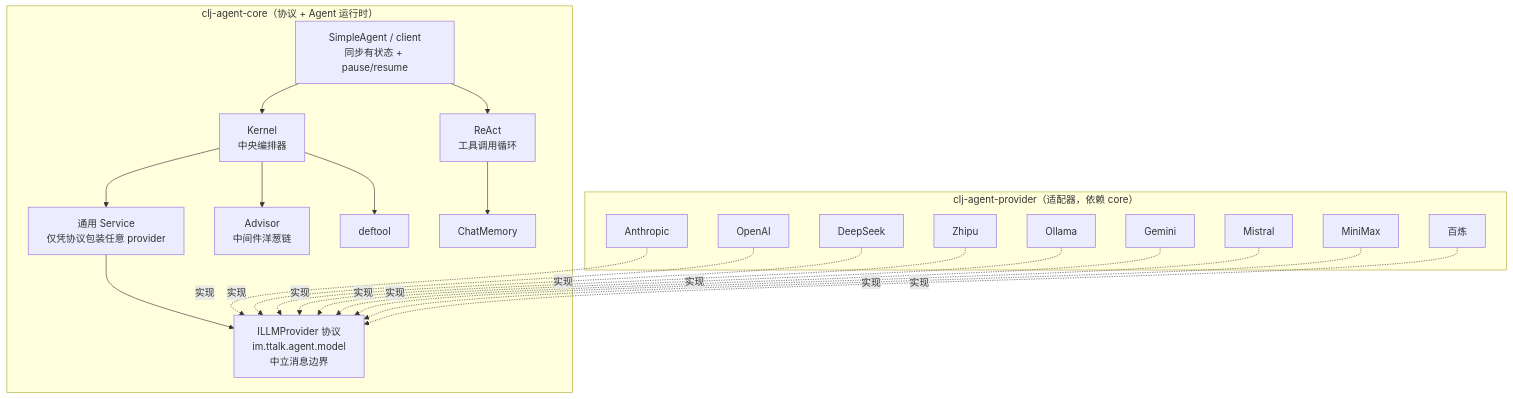
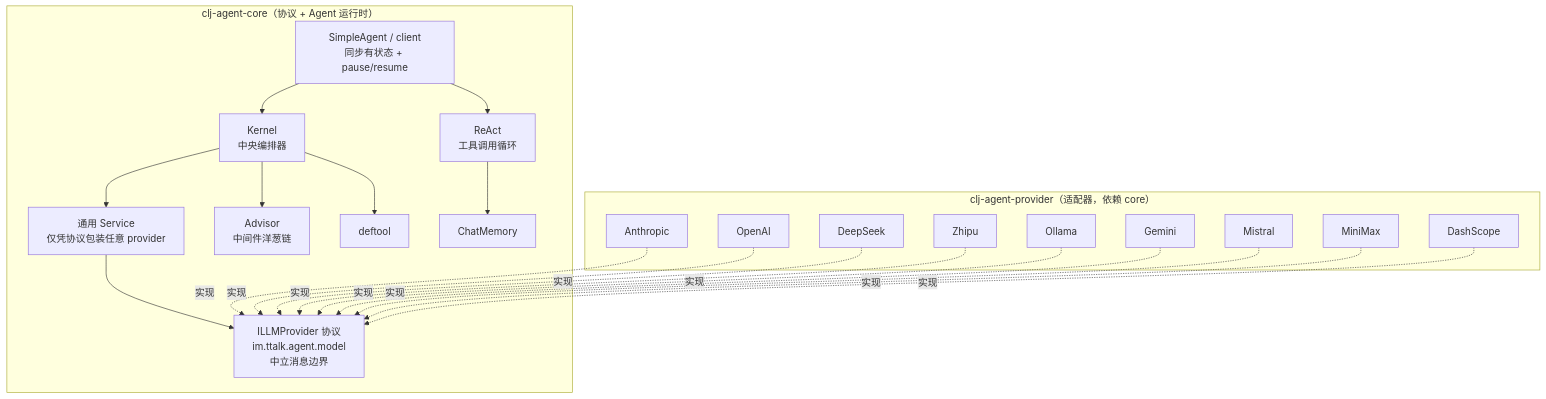
The first of 2 diagrams in README.md (TTalkPro/clj-agent), drawn with Mermaid before and after one commit. The commit also changed other lines of this file and 3 other files, not shown here.

First line of the commit message:
docs:全部内置 provider 现均支持流式，DashScope 原生 SSE 状态同步

````diff
--- a/README.md
+++ b/README.md
@@ -45,34 +45,34 @@
 ```mermaid
 graph TB
     subgraph "clj-agent-core（协议 + Agent 运行时）"
         PROTO[ILLMProvider 协议<br/>im.ttalk.agent.model<br/>中立消息边界]
         SV[通用 Service<br/>仅凭协议包装任意 provider]
         SA[SimpleAgent / client<br/>同步有状态 + pause/resume]
         K[Kernel<br/>中央编排器]
         RE[ReAct<br/>工具调用循环]
         AD[Advisor<br/>中间件洋葱链]
         T[deftool]
         ME[ChatMemory]
     end
 
     subgraph "clj-agent-provider（适配器，依赖 core）"
         AN[Anthropic]
         OA[OpenAI]
         DS[DeepSeek]
         ZP[Zhipu]
         OL[Ollama]
         GM[Gemini]
         MS[Mistral]
         MM[MiniMax]
-        BL[百炼]
+        BL[DashScope]
     end
 
     SA --> K
     SA --> RE
     K --> T
     K --> AD
     K --> SV
     RE --> ME
     SV --> PROTO
     AN & OA & DS & ZP & OL & GM & MS & MM & BL -. 实现 .-> PROTO
 ```
````
